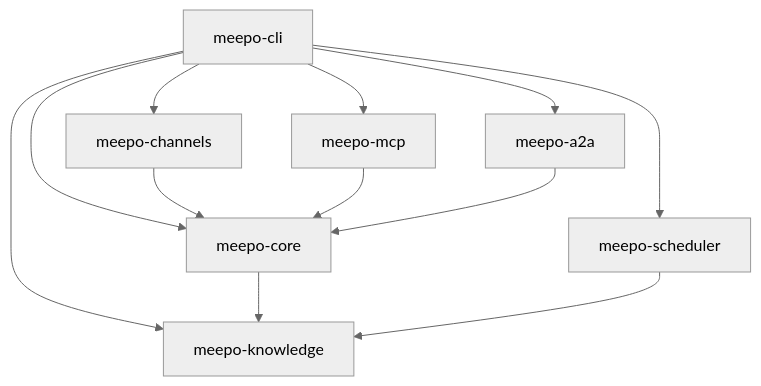
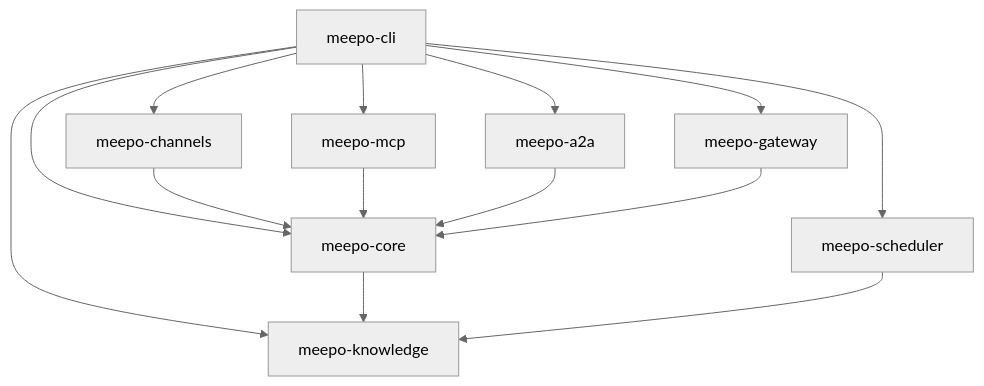
The first of 18 diagrams in docs/architecture.md (kavymi/meepo), drawn with Mermaid (neutral theme) before and after one commit. The commit also changed other lines of this file and 3 other files, not shown here.

````diff
--- a/docs/architecture.md
+++ b/docs/architecture.md
@@ -9,14 +9,16 @@
 ```mermaid
 graph TD
     CLI[meepo-cli] --> CORE[meepo-core]
     CLI --> CHANNELS[meepo-channels]
     CLI --> KNOWLEDGE[meepo-knowledge]
     CLI --> SCHEDULER[meepo-scheduler]
     CLI --> MCP[meepo-mcp]
     CLI --> A2A[meepo-a2a]
+    CLI --> GW[meepo-gateway]
     CHANNELS --> CORE
     CORE --> KNOWLEDGE
     SCHEDULER --> KNOWLEDGE
     MCP --> CORE
     A2A --> CORE
+    GW --> CORE
 ```
````
